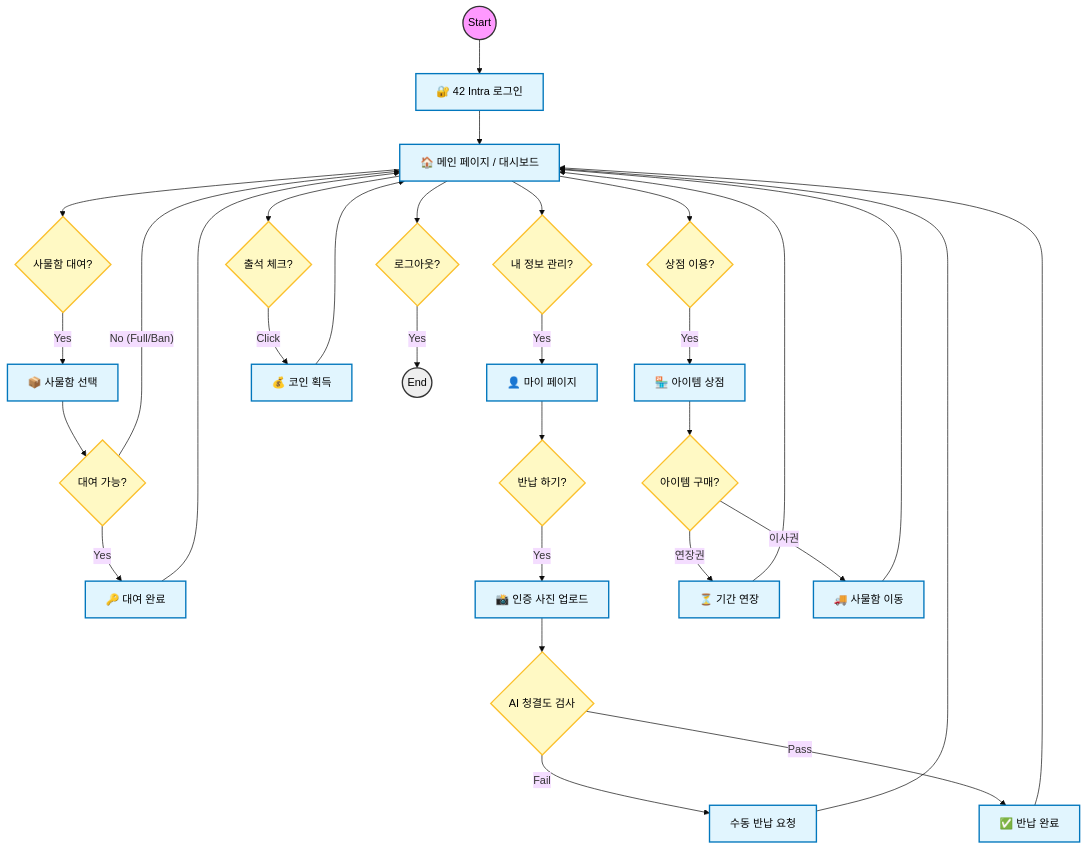
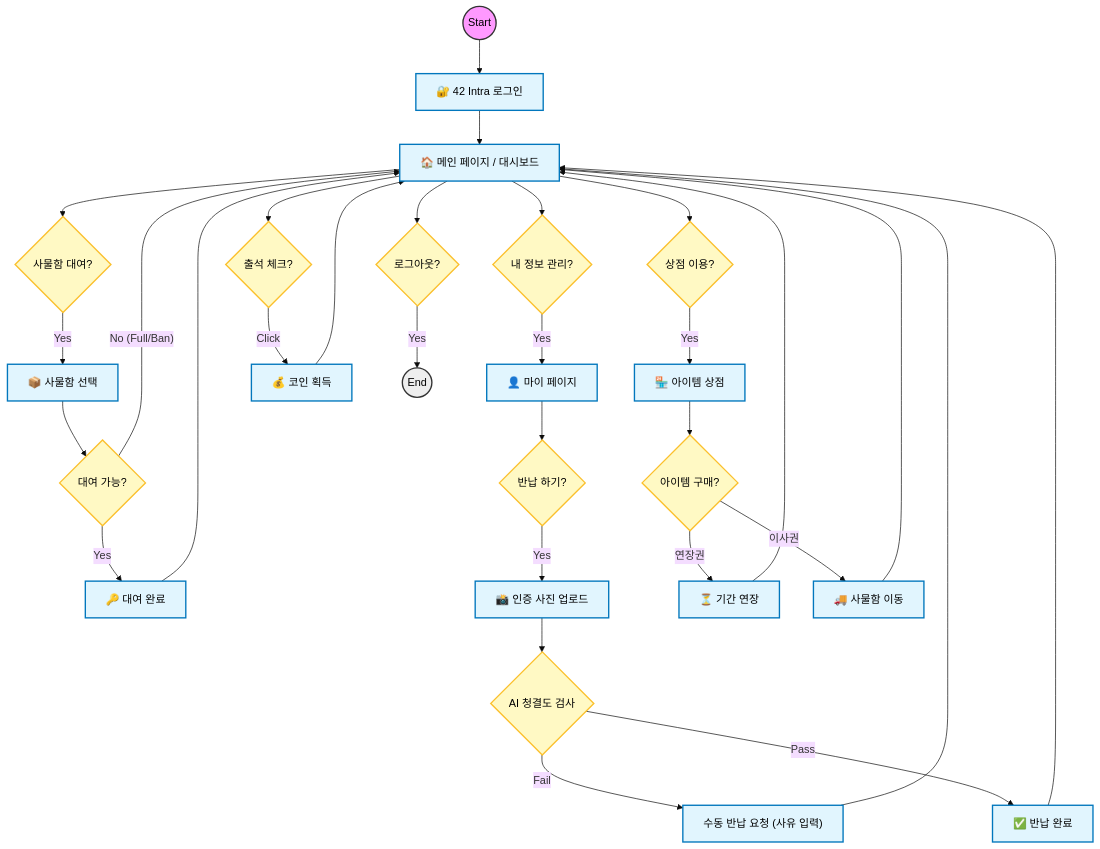
One commit to farmer0010/ft_transcendence changed the second of 7 diagrams in backend/README.md. Above: the diagram before and after it, drawn with Mermaid (base theme). The commit also changed other lines of this file, not shown here.

````diff
--- a/backend/README.md
+++ b/backend/README.md
@@ -62,50 +63,50 @@
 ```mermaid
 flowchart TD
     %% 노드 스타일 정의
     classDef start fill:#f9f,stroke:#333,stroke-width:2px,color:black;
     classDef process fill:#e1f5fe,stroke:#0277bd,stroke-width:2px,color:black;
     classDef decision fill:#fff9c4,stroke:#fbc02d,stroke-width:2px,color:black;
     classDef endNode fill:#eeeeee,stroke:#333,stroke-width:2px,color:black;
 
-    Start((Start)):::start --> Login[🔐 42 Intra 로그인]:::process
-    Login --> Main[🏠 메인 페이지 / 대시보드]:::process
+    Start((Start)):::start --> Login["🔐 42 Intra 로그인"]:::process
+    Login --> Main["🏠 메인 페이지 / 대시보드"]:::process
 
     %% 메인 페이지에서의 분기
-    Main --> Action_Lent{사물함 대여?}:::decision
-    Main --> Action_My{내 정보 관리?}:::decision
-    Main --> Action_Store{상점 이용?}:::decision
-    Main --> Action_Attend{출석 체크?}:::decision
+    Main --> Action_Lent{"사물함 대여?"}:::decision
+    Main --> Action_My{"내 정보 관리?"}:::decision
+    Main --> Action_Store{"상점 이용?"}:::decision
+    Main --> Action_Attend{"출석 체크?"}:::decision
 
     %% 1. 대여 프로세스
-    Action_Lent -- Yes --> Select[📦 사물함 선택]:::process
-    Select --> Check_Lent{대여 가능?}:::decision
-    Check_Lent -- No (Full/Ban) --> Main
-    Check_Lent -- Yes --> Rent_Success[🔑 대여 완료]:::process
+    Action_Lent -- Yes --> Select["📦 사물함 선택"]:::process
+    Select --> Check_Lent{"대여 가능?"}:::decision
+    Check_Lent -- "No (Full/Ban)" --> Main
+    Check_Lent -- Yes --> Rent_Success["🔑 대여 완료"]:::process
     Rent_Success --> Main
 
     %% 2. 내 정보 & 반납 프로세스
-    Action_My -- Yes --> MyPage[👤 마이 페이지]:::process
-    MyPage --> Return_Btn{반납 하기?}:::decision
-    Return_Btn -- Yes --> Upload[📸 인증 사진 업로드]:::process
-    Upload --> AI_Check{AI 청결도 검사}:::decision
-    AI_Check -- Fail --> Manual[수동 반납 요청]:::process
-    AI_Check -- Pass --> Return_Success[✅ 반납 완료]:::process
+    Action_My -- Yes --> MyPage["👤 마이 페이지"]:::process
+    MyPage --> Return_Btn{"반납 하기?"}:::decision
+    Return_Btn -- Yes --> Upload["📸 인증 사진 업로드"]:::process
+    Upload --> AI_Check{"AI 청결도 검사"}:::decision
+    AI_Check -- Fail --> Manual["수동 반납 요청 (사유 입력)"]:::process
+    AI_Check -- Pass --> Return_Success["✅ 반납 완료"]:::process
     Manual --> Main
     Return_Success --> Main
 
     %% 3. 상점 프로세스
-    Action_Store -- Yes --> Store[🏪 아이템 상점]:::process
-    Store --> Buy{아이템 구매?}:::decision
-    Buy -- 연장권 --> Use_Ext[⏳ 기간 연장]:::process
-    Buy -- 이사권 --> Use_Swap[🚚 사물함 이동]:::process
+    Action_Store -- Yes --> Store["🏪 아이템 상점"]:::process
+    Store --> Buy{"아이템 구매?"}:::decision
+    Buy -- "연장권" --> Use_Ext["⏳ 기간 연장"]:::process
+    Buy -- "이사권" --> Use_Swap["🚚 사물함 이동"]:::process
     Use_Ext --> Main
     Use_Swap --> Main
 
     %% 4. 출석 프로세스
-    Action_Attend -- Click --> Reward[💰 코인 획득]:::process
+    Action_Attend -- Click --> Reward["💰 코인 획득"]:::process
     Reward --> Main
 
     %% 종료
-    Main --> Logout{로그아웃?}:::decision
+    Main --> Logout{"로그아웃?"}:::decision
     Logout -- Yes --> End((End)):::endNode
 ```
````
